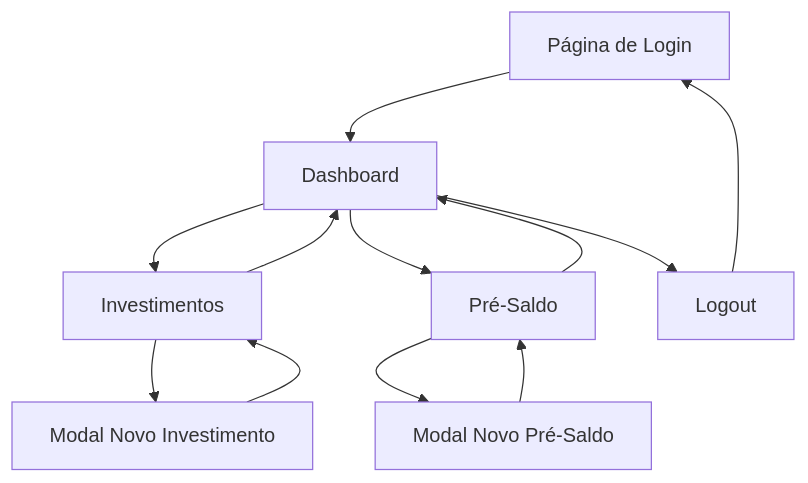
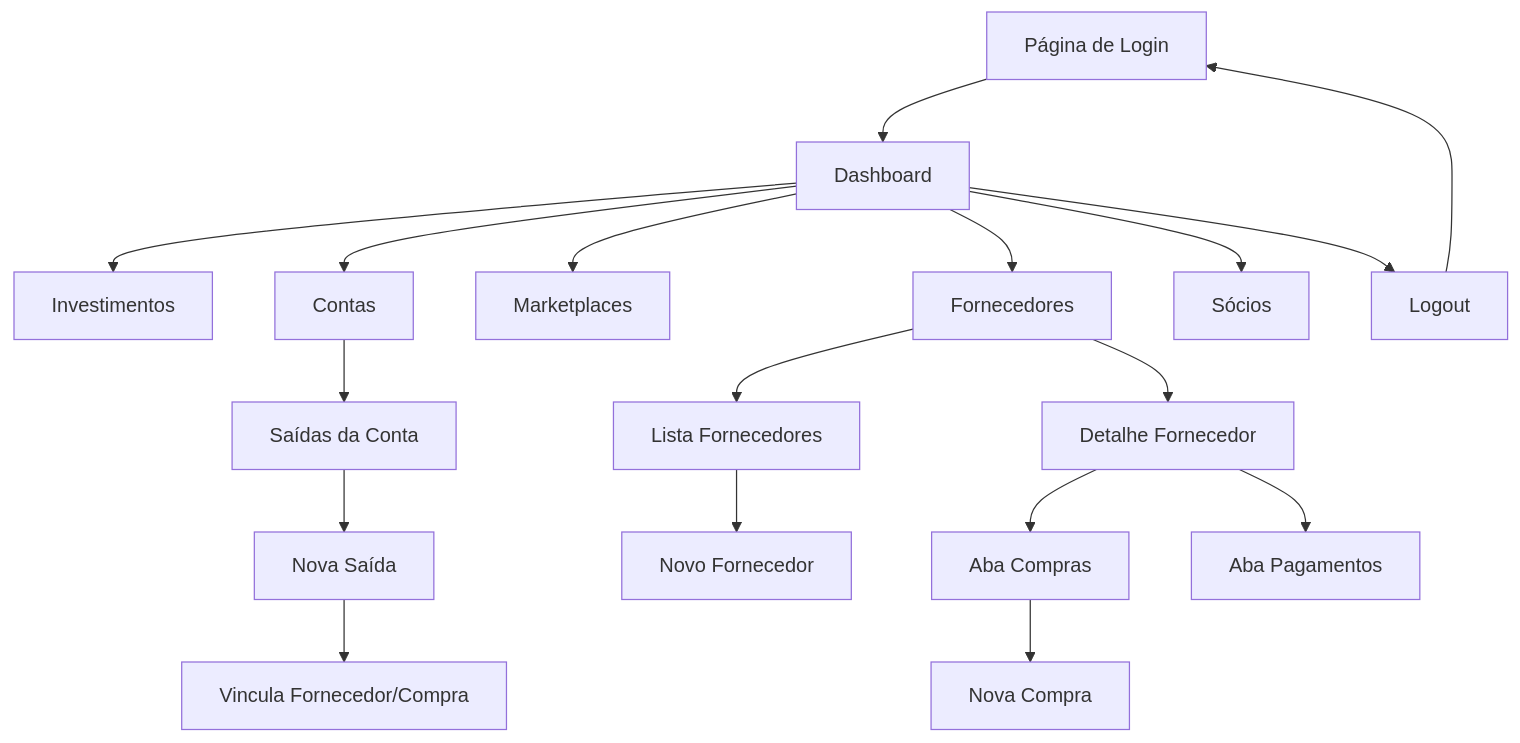
The diagram in .trae/documents/PRD_Financeiro_DEBAJEYU.md (JE4NVRG/financeiro-debajeyu), drawn with Mermaid before and after one commit. The commit also changed other lines of this file and 49 other files, not shown here.

````diff
--- a/.trae/documents/PRD_Financeiro_DEBAJEYU.md
+++ b/.trae/documents/PRD_Financeiro_DEBAJEYU.md
@@ -51,14 +74,23 @@
 ```mermaid
 graph TD
     A[Página de Login] --> B[Dashboard]
     B --> C[Investimentos]
-    B --> D[Pré-Saldo]
-    C --> E[Modal Novo Investimento]
-    D --> F[Modal Novo Pré-Saldo]
-    E --> C
-    F --> D
-    B --> G[Logout]
-    C --> B
-    D --> B
-    G --> A
+    B --> D[Contas]
+    B --> E[Marketplaces]
+    B --> F[Fornecedores]
+    B --> G[Sócios]
+    
+    F --> H[Lista Fornecedores]
+    F --> I[Detalhe Fornecedor]
+    H --> J[Novo Fornecedor]
+    I --> K[Aba Compras]
+    I --> L[Aba Pagamentos]
+    K --> M[Nova Compra]
+    
+    D --> N[Saídas da Conta]
+    N --> O[Nova Saída]
+    O --> P[Vincula Fornecedor/Compra]
+    
+    B --> Q[Logout]
+    Q --> A
 ```
````
